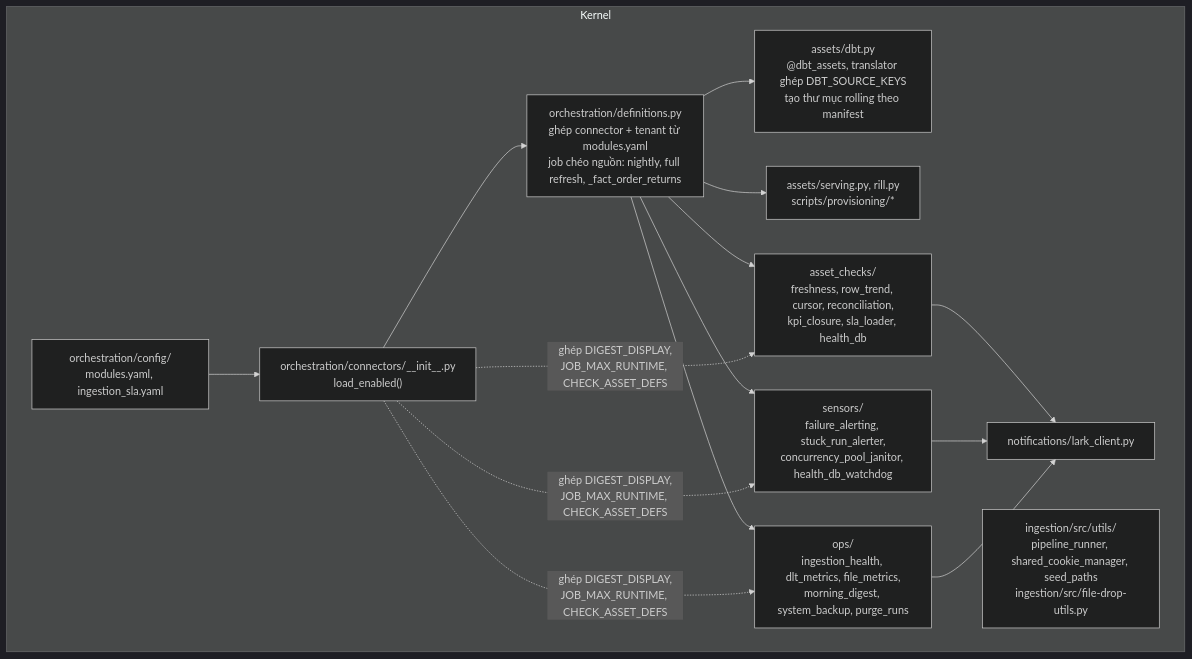
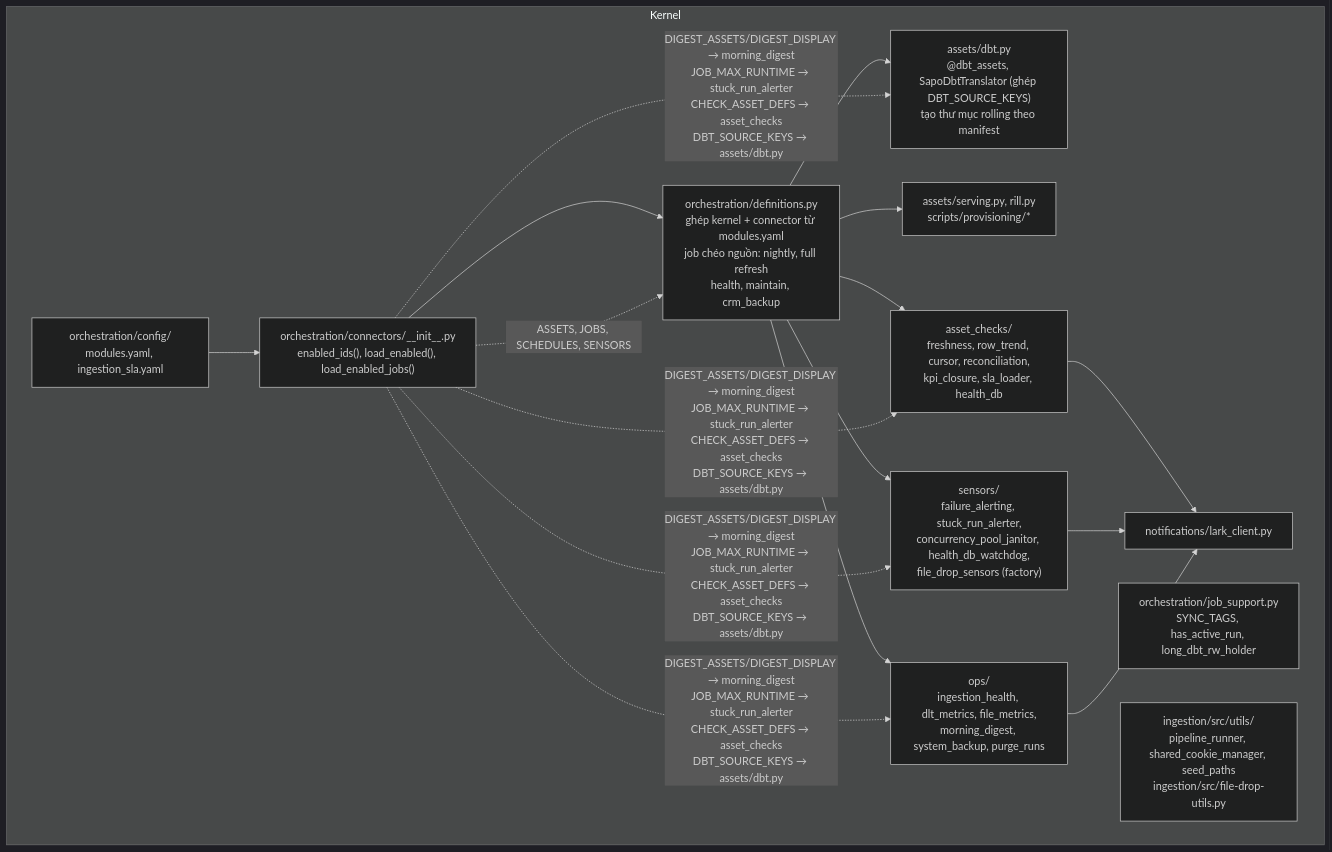
The fourth of 13 diagrams in docs/architecture/modules.md (vantt/data-integration), drawn with Mermaid (dark theme) before and after one commit. The commit also changed other lines of this file and 33 other files, not shown here.

First line of the commit message:
refactor(orchestration): give each data source its own connector package

````diff
--- a/docs/architecture/modules.md
+++ b/docs/architecture/modules.md
@@ -243,19 +244,21 @@
 ```mermaid
 flowchart TB
     subgraph KERNEL["Kernel"]
-        DEF["orchestration/definitions.py<br/>ghép connector + tenant từ modules.yaml<br/>job chéo nguồn: nightly, full refresh, _fact_order_returns"]
-        REG["orchestration/connectors/__init__.py<br/>load_enabled()"]
+        DEF["orchestration/definitions.py<br/>ghép kernel + connector từ modules.yaml<br/>job chéo nguồn: nightly, full refresh<br/>health, maintain, crm_backup"]
+        REG["orchestration/connectors/__init__.py<br/>enabled_ids(), load_enabled(), load_enabled_jobs()"]
         CFG["orchestration/config/<br/>modules.yaml, ingestion_sla.yaml"]
-        DBTA["assets/dbt.py<br/>@dbt_assets, translator ghép DBT_SOURCE_KEYS<br/>tạo thư mục rolling theo manifest"]
+        JS["orchestration/job_support.py<br/>SYNC_TAGS, has_active_run, long_dbt_rw_holder"]
+        DBTA["assets/dbt.py<br/>@dbt_assets, SapoDbtTranslator (ghép DBT_SOURCE_KEYS)<br/>tạo thư mục rolling theo manifest"]
         SERV["assets/serving.py, rill.py<br/>scripts/provisioning/*"]
         CHK["asset_checks/<br/>freshness, row_trend, cursor, reconciliation,<br/>kpi_closure, sla_loader, health_db"]
-        SEN["sensors/<br/>failure_alerting, stuck_run_alerter,<br/>concurrency_pool_janitor, health_db_watchdog"]
+        SEN["sensors/<br/>failure_alerting, stuck_run_alerter,<br/>concurrency_pool_janitor, health_db_watchdog,<br/>file_drop_sensors (factory)"]
         OPS["ops/<br/>ingestion_health, dlt_metrics, file_metrics,<br/>morning_digest, system_backup, purge_runs"]
         NOTI["notifications/lark_client.py"]
         RUN["ingestion/src/utils/<br/>pipeline_runner, shared_cookie_manager, seed_paths<br/>ingestion/src/file-drop-utils.py"]
     end
     CFG --> REG --> DEF
     DEF --> DBTA & SERV & CHK & SEN & OPS
     CHK & SEN & OPS --> NOTI
-    REG -. "ghép DIGEST_DISPLAY,<br/>JOB_MAX_RUNTIME, CHECK_ASSET_DEFS" .-> OPS & SEN & CHK
+    REG -. "ASSETS, JOBS, SCHEDULES, SENSORS" .-> DEF
+    REG -. "DIGEST_ASSETS/DIGEST_DISPLAY → morning_digest<br/>JOB_MAX_RUNTIME → stuck_run_alerter<br/>CHECK_ASSET_DEFS → asset_checks<br/>DBT_SOURCE_KEYS → assets/dbt.py" .-> OPS & SEN & CHK & DBTA
 ```
````
